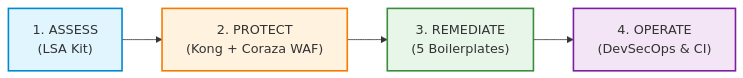
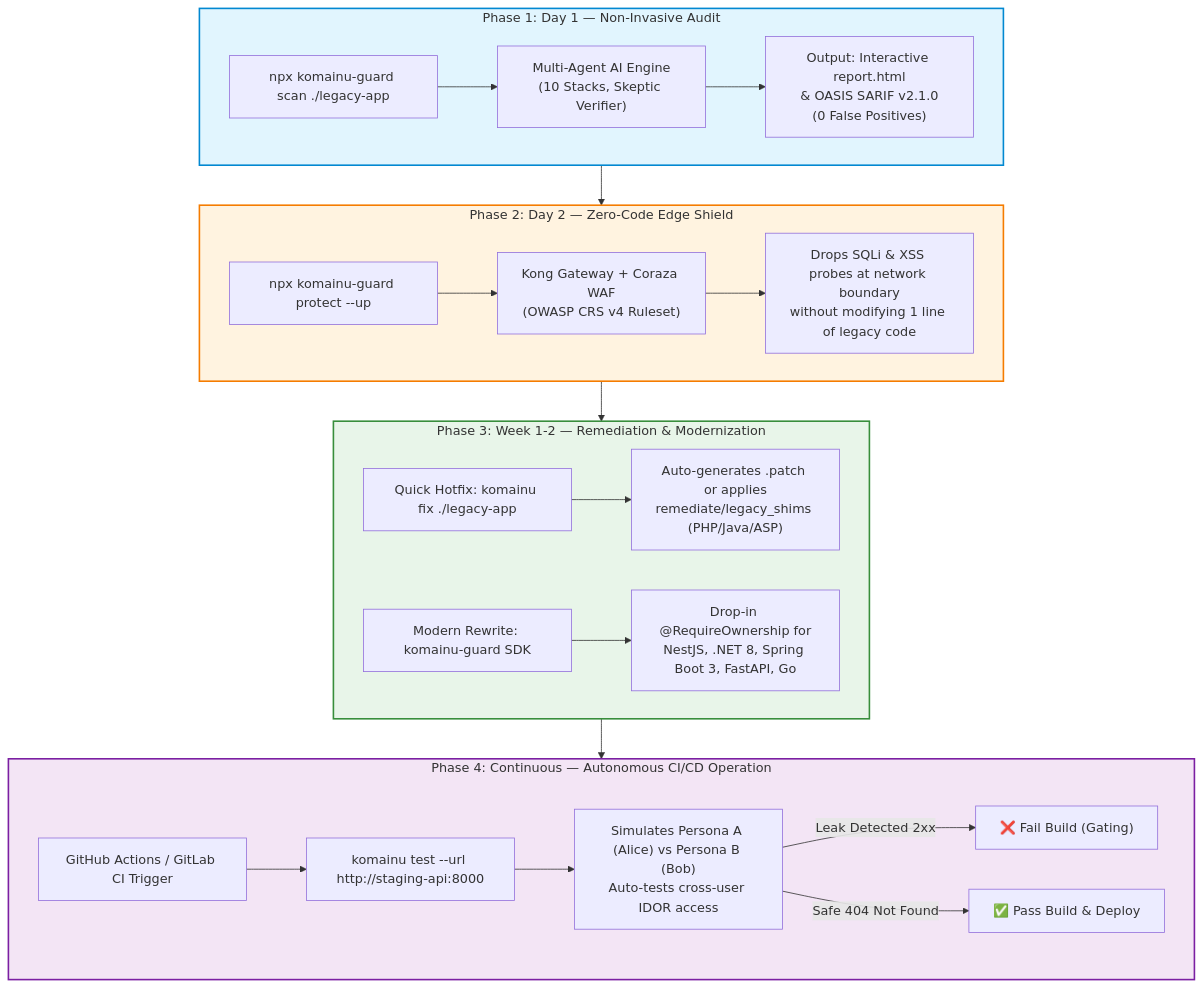
Before and after one commit to hoanghainh1188/komagu: the first of 2 diagrams in README.md, drawn with Mermaid. The commit also changed other lines of this file, not shown here.

First line of the commit message:
docs(readme): add end-to-end modernization walkthrough and autonomous CI/CD verification (#236)

````diff
--- a/README.md
+++ b/README.md
@@ -120,11 +34,31 @@
 ```mermaid
-flowchart LR
-    A["1. ASSESS<br/>(LSA Kit)"] --> B["2. PROTECT<br/>(Kong + Coraza WAF)"]
-    B --> C["3. REMEDIATE<br/>(5 Boilerplates)"]
-    C --> D["4. OPERATE<br/>(DevSecOps & CI)"]
+flowchart TD
+    subgraph S1["Phase 1: Day 1 — Non-Invasive Audit"]
+        A1["npx komainu-guard scan ./legacy-app"] --> A2["Multi-Agent AI Engine<br/>(10 Stacks, Skeptic Verifier)"]
+        A2 --> A3["Output: Interactive report.html<br/>& OASIS SARIF v2.1.0<br/>(0 False Positives)"]
+    end
+
+    subgraph S2["Phase 2: Day 2 — Zero-Code Edge Shield"]
+        B1["npx komainu-guard protect --up"] --> B2["Kong Gateway + Coraza WAF<br/>(OWASP CRS v4 Ruleset)"]
+        B2 --> B3["Drops SQLi & XSS probes at network boundary<br/>without modifying 1 line of legacy code"]
+    end
+
+    subgraph S3["Phase 3: Week 1-2 — Remediation & Modernization"]
+        C1["Quick Hotfix: komainu fix ./legacy-app"] --> C2["Auto-generates .patch or applies<br/>remediate/legacy_shims (PHP/Java/ASP)"]
+        C3["Modern Rewrite: komainu-guard SDK"] --> C4["Drop-in @RequireOwnership for<br/>NestJS, .NET 8, Spring Boot 3, FastAPI, Go"]
+    end
+
+    subgraph S4["Phase 4: Continuous — Autonomous CI/CD Operation"]
+        D1["GitHub Actions / GitLab CI Trigger"] --> D2["komainu test --url http://staging-api:8000"]
+        D2 --> D3["Simulates Persona A (Alice) vs Persona B (Bob)<br/>Auto-tests cross-user IDOR access"]
+        D3 -->|Leak Detected 2xx| D4["❌ Fail Build (Gating)"]
+        D3 -->|Safe 404 Not Found| D5["✅ Pass Build & Deploy"]
+    end
+
+    S1 --> S2 --> S3 --> S4
     
-    style A fill:#e1f5fe,stroke:#0288d1,stroke-width:2px
-    style B fill:#fff3e0,stroke:#f57c00,stroke-width:2px
-    style C fill:#e8f5e9,stroke:#388e3c,stroke-width:2px
-    style D fill:#f3e5f5,stroke:#7b1fa2,stroke-width:2px
+    style S1 fill:#e1f5fe,stroke:#0288d1,stroke-width:2px
+    style S2 fill:#fff3e0,stroke:#f57c00,stroke-width:2px
+    style S3 fill:#e8f5e9,stroke:#388e3c,stroke-width:2px
+    style S4 fill:#f3e5f5,stroke:#7b1fa2,stroke-width:2px
 ```
````
